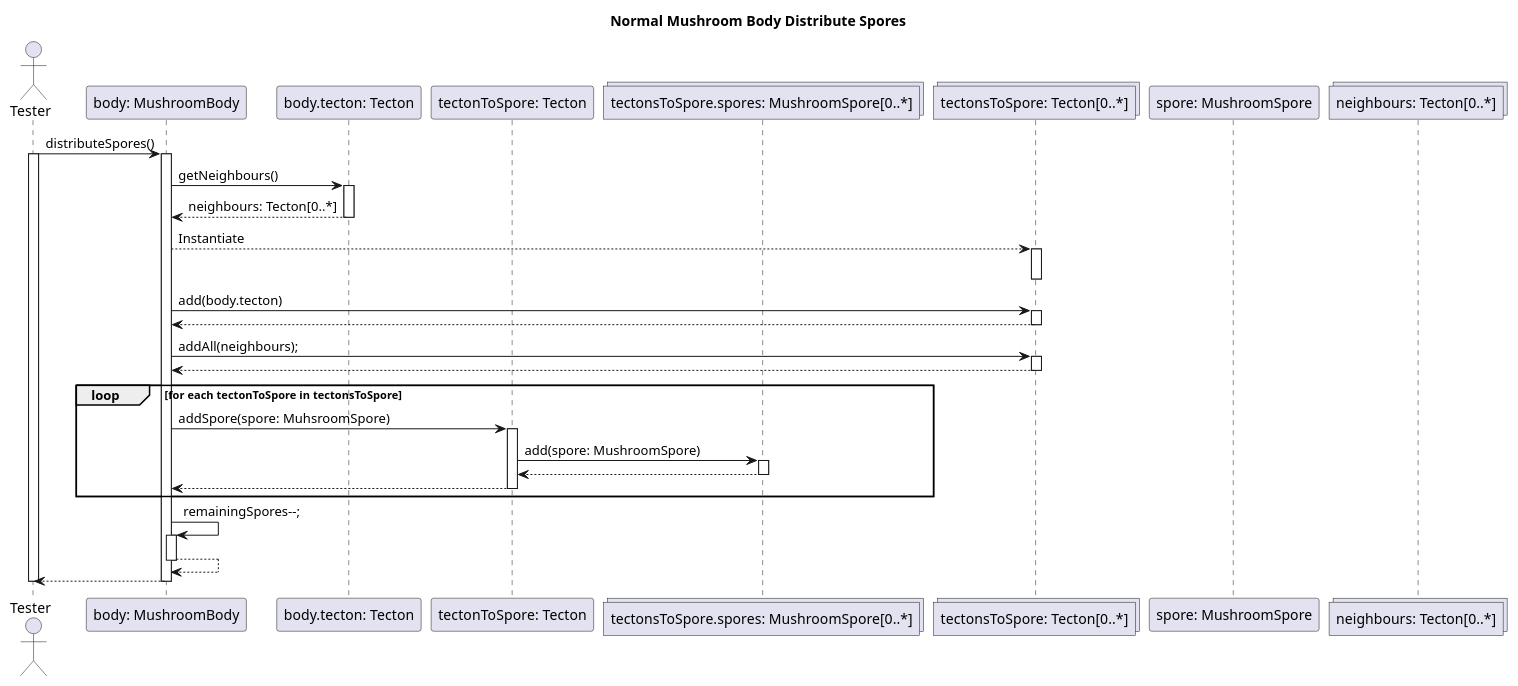
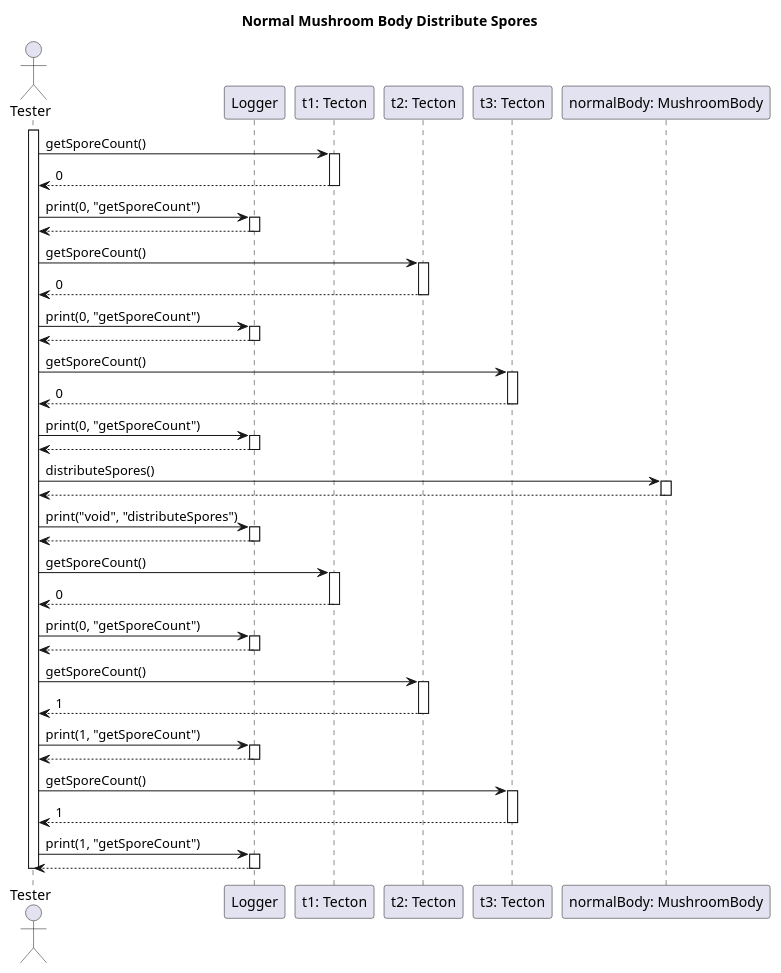
One commit to dzsem/projlab changed the diagram in diagrams/test-sequence/mushroom/normalMushroomBodyDistributeSpore.wsd. Above: the diagram before and after it, drawn with PlantUML.

Commit message:
Fixed normal body distribute

```diff
--- a/diagrams/test-sequence/mushroom/normalMushroomBodyDistributeSpore.wsd
+++ b/diagrams/test-sequence/mushroom/normalMushroomBodyDistributeSpore.wsd
@@ -1,62 +1,89 @@
 @startuml  Normal Mushroom Body Distribute Spores
 
 title Normal Mushroom Body Distribute Spores
 
 actor "Tester" as tester
-participant "body: MushroomBody" as body
-participant "body.tecton: Tecton" as tecton
-participant "tectonToSpore: Tecton" as tectonToSpore
-collections "tectonsToSpore.spores: MushroomSpore[0..*]" as spores
-collections "tectonsToSpore: Tecton[0..*]" as tectons 
-participant "spore: MushroomSpore" as spore
-collections "neighbours: Tecton[0..*]"
 
-tester -> body : distributeSpores()
+participant "Logger" as logger
+
+participant "t1: Tecton" as t1
+participant "t2: Tecton" as t2
+participant "t3: Tecton" as t3
+
+participant "normalBody: MushroomBody" as amb
+
 activate tester
-activate body
 
-body -> tecton : getNeighbours()
+tester -> t1: getSporeCount()
+activate t1
+t1 --> tester: 0
+deactivate t1
 
-activate tecton
-tecton --> body : neighbours: Tecton[0..*]
-deactivate tecton
+tester -> logger: print(0, "getSporeCount")
+activate logger
+logger --> tester
+deactivate logger
 
-body --> tectons: Instantiate
-activate tectons
-deactivate tectons
+tester -> t2: getSporeCount()
+activate t2
+t2 --> tester: 0
+deactivate t2
 
-    
-    body -> tectons: add(body.tecton)
-    activate tectons
-    tectons --> body
-    deactivate tectons
-    
-    body -> tectons: addAll(neighbours);
-    activate tectons
-    tectons --> body
-    deactivate tectons
+tester -> logger: print(0, "getSporeCount")
+activate logger
+logger --> tester
+deactivate logger
 
-    loop for each tectonToSpore in tectonsToSpore
-        body -> tectonToSpore : addSpore(spore: MuhsroomSpore)
-        activate tectonToSpore
+tester -> t3: getSporeCount()
+activate t3
+t3 --> tester: 0
+deactivate t3
 
-        tectonToSpore -> spores: add(spore: MushroomSpore)
-        activate spores
-        spores --> tectonToSpore
-        deactivate spores
+tester -> logger: print(0, "getSporeCount")
+activate logger
+logger --> tester
+deactivate logger
 
-        tectonToSpore --> body 
-        deactivate tectonToSpore
-    end
+tester -> amb: distributeSpores() 
+activate amb
+amb --> tester
+deactivate amb
 
-    body -> body: remainingSpores--;
-    activate body
-    body --> body
-    deactivate body
+tester -> logger: print("void", "distributeSpores")
+activate logger
+logger --> tester
+deactivate logger
 
-tester <-- body
-deactivate body
-deactivate tester
+tester -> t1: getSporeCount()
+activate t1
+t1 --> tester: 0
+deactivate t1
+
+tester -> logger: print(0, "getSporeCount")
+activate logger
+logger --> tester
+deactivate logger
+
+tester -> t2: getSporeCount()
+activate t2
+t2 --> tester: 1
+deactivate t2
+
+tester -> logger: print(1, "getSporeCount")
+activate logger
+logger --> tester
+deactivate logger
+
+tester -> t3: getSporeCount()
+activate t3
+t3 --> tester: 1
+deactivate t3
+
+tester -> logger: print(1, "getSporeCount")
+activate logger
+logger --> tester
+deactivate logger
 
 
+deactivate tester
 @enduml
```
